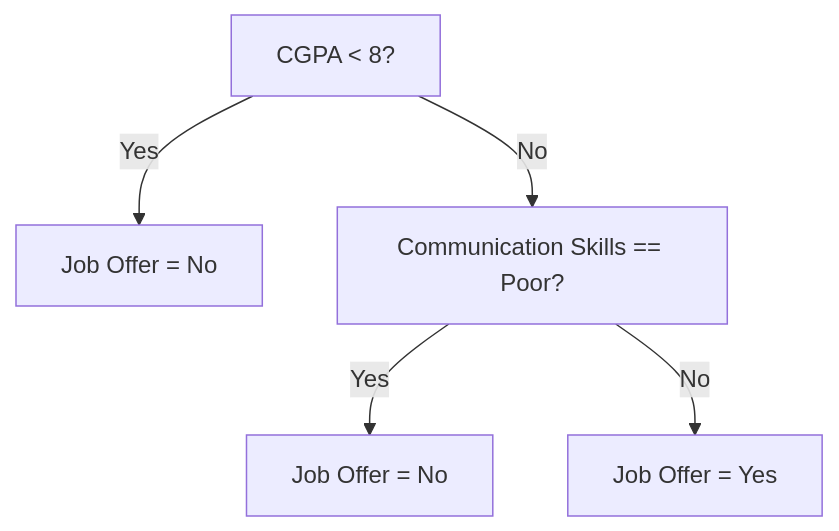
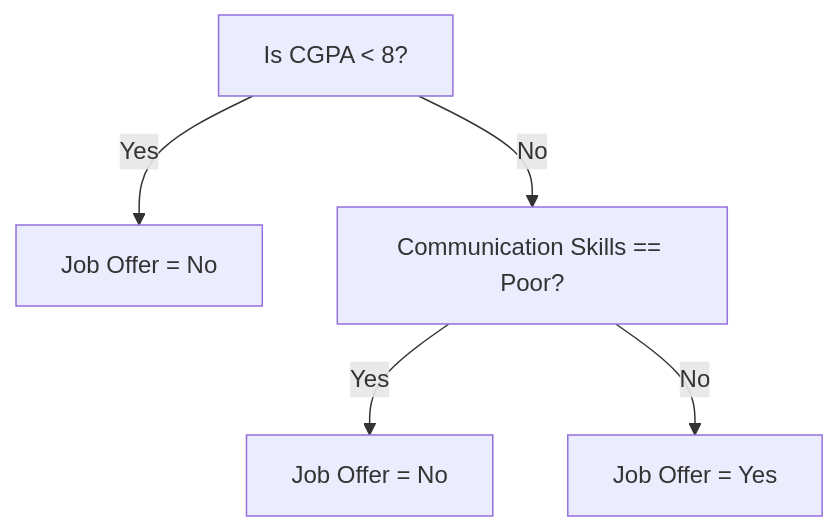
The fifth of 6 diagrams in notes/machine_learning/06_KNN_Naive_Bayes_Decision_Trees.md (DeepLumiere/DeepSkills), drawn with Mermaid before and after one commit. The commit also changed 12 other files, not shown here.

````diff
--- a/notes/machine_learning/06_KNN_Naive_Bayes_Decision_Trees.md
+++ b/notes/machine_learning/06_KNN_Naive_Bayes_Decision_Trees.md
@@ -1184,7 +1184,7 @@
 ```mermaid
 flowchart TD
-    A["CGPA &lt; 8?"] -->|Yes| B[Job Offer = No]
+    A["Is CGPA < 8?"] -->|Yes| B[Job Offer = No]
     A -->|No| C["Communication Skills == Poor?"]
     C -->|Yes| D[Job Offer = No]
     C -->|No| E[Job Offer = Yes]
 ```
````
